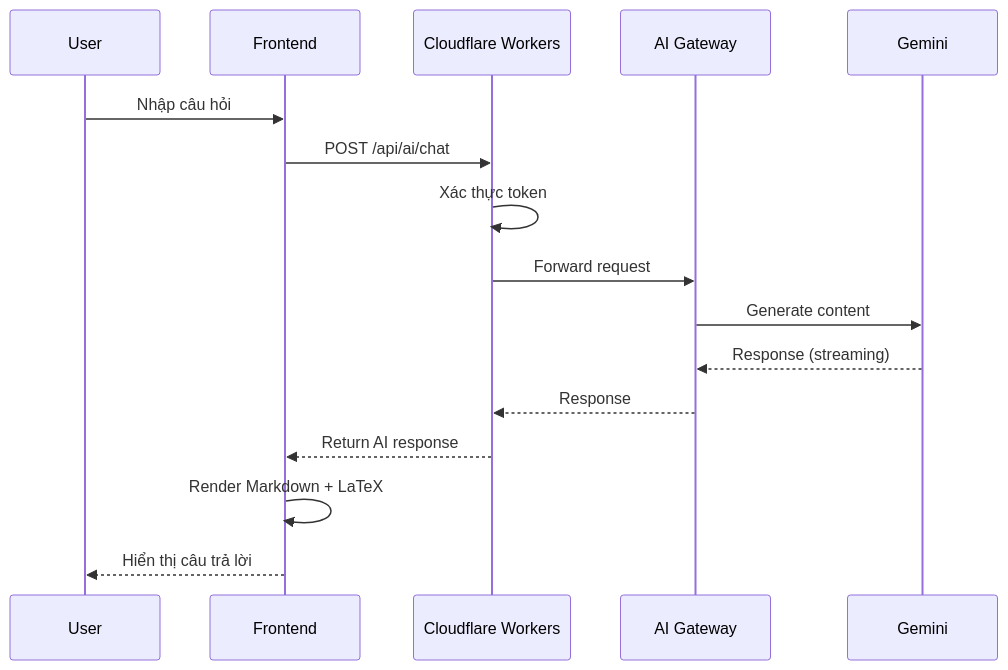
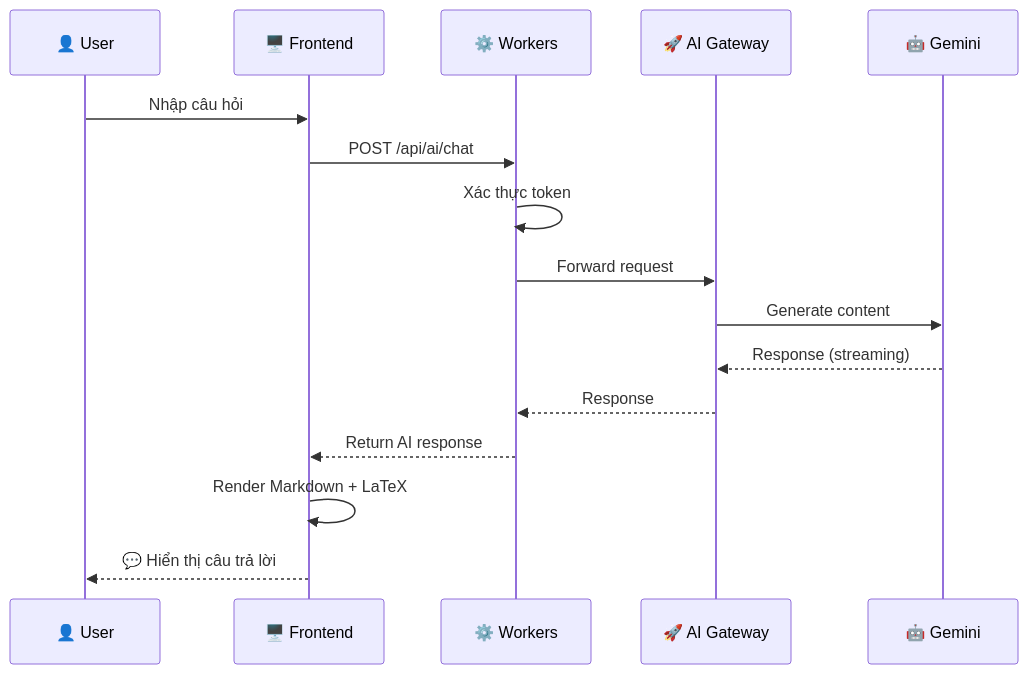
The third of 6 diagrams in README.md (LongNgn204/totnghiepcongnghecungai1), drawn with Mermaid before and after one commit. The commit also changed other lines of this file and 4 other files, not shown here.

````diff
--- a/README.md
+++ b/README.md
@@ -147,19 +189,19 @@
 ```mermaid
 sequenceDiagram
-    participant User
-    participant Frontend
-    participant Workers as Cloudflare Workers
-    participant Gateway as AI Gateway
-    participant Gemini
+    participant U as 👤 User
+    participant F as 🖥️ Frontend
+    participant W as ⚙️ Workers
+    participant G as 🚀 AI Gateway
+    participant AI as 🤖 Gemini
 
-    User->>Frontend: Nhập câu hỏi
-    Frontend->>Workers: POST /api/ai/chat
-    Workers->>Workers: Xác thực token
-    Workers->>Gateway: Forward request
-    Gateway->>Gemini: Generate content
-    Gemini-->>Gateway: Response (streaming)
-    Gateway-->>Workers: Response
-    Workers-->>Frontend: Return AI response
-    Frontend->>Frontend: Render Markdown + LaTeX
-    Frontend-->>User: Hiển thị câu trả lời
+    U->>F: Nhập câu hỏi
+    F->>W: POST /api/ai/chat
+    W->>W: Xác thực token
+    W->>G: Forward request
+    G->>AI: Generate content
+    AI-->>G: Response (streaming)
+    G-->>W: Response
+    W-->>F: Return AI response
+    F->>F: Render Markdown + LaTeX
+    F-->>U: 💬 Hiển thị câu trả lời
 ```
````
